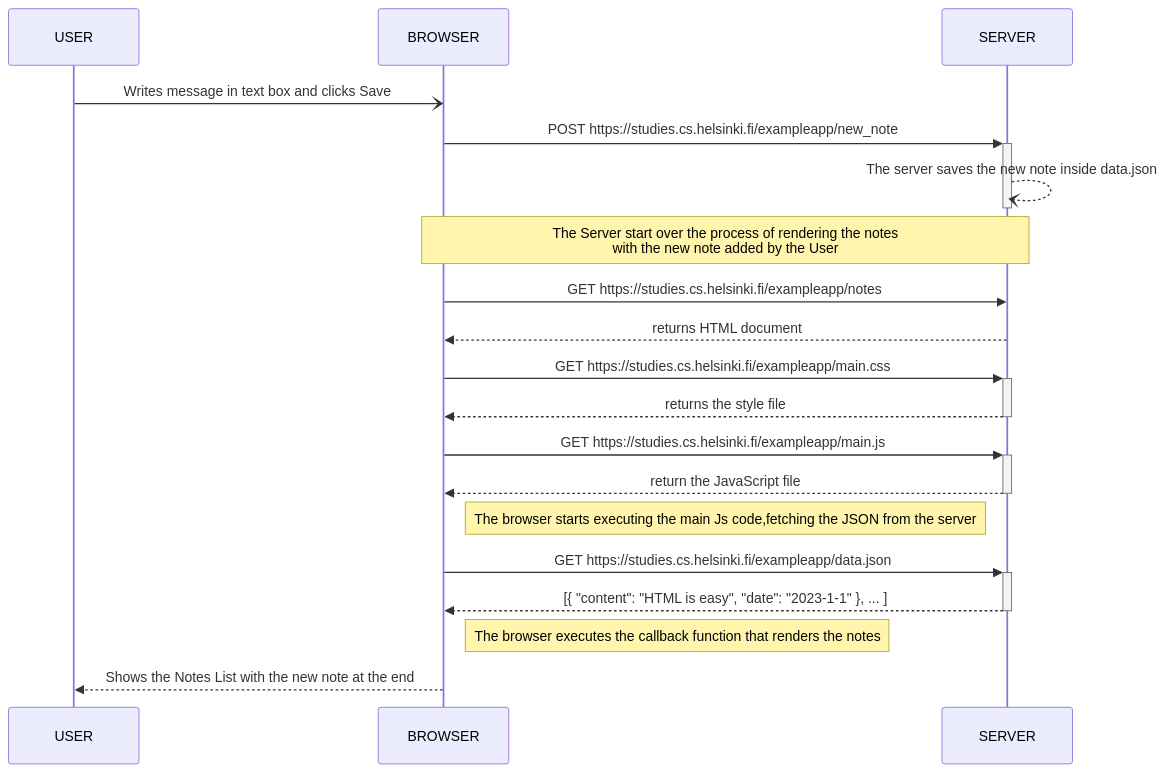
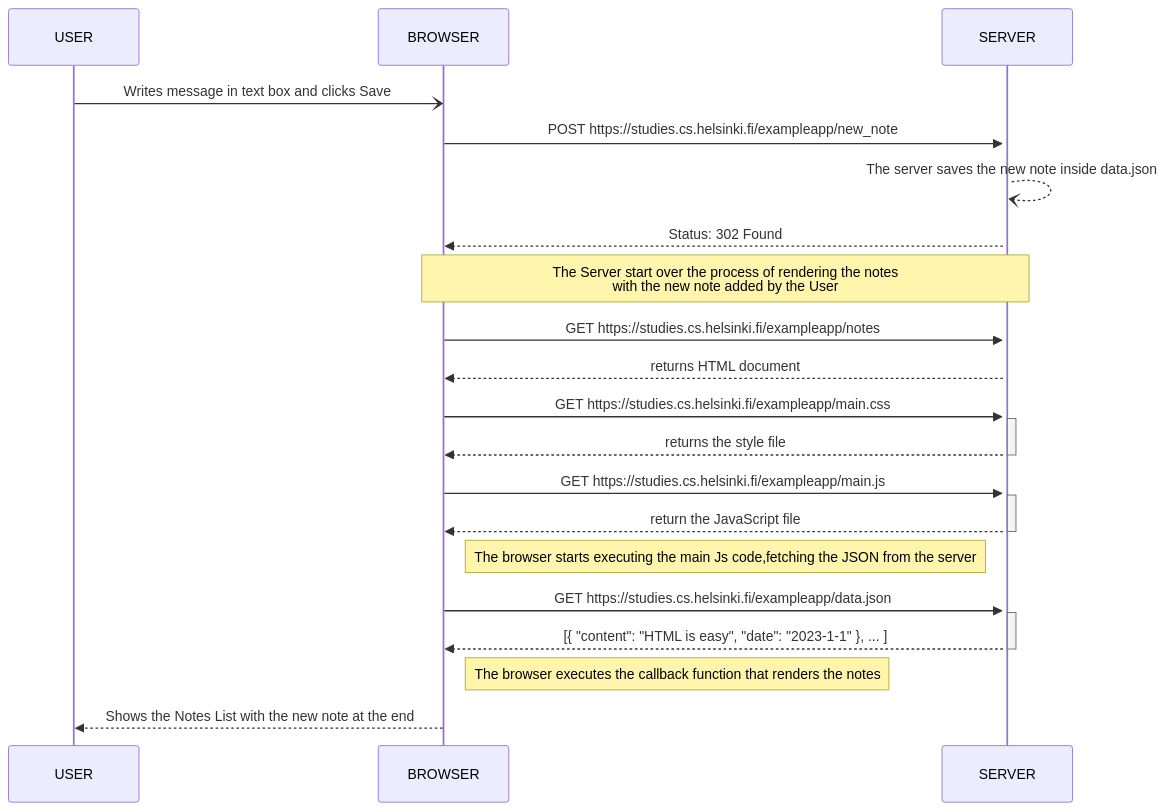
The diagram in part0/newnotesdiagram.md (arnaugonzalez/fullstackopenArnauG), drawn with Mermaid before and after one commit.

````diff
--- a/part0/newnotesdiagram.md
+++ b/part0/newnotesdiagram.md
@@ -1,30 +1,30 @@
 ```mermaid
 sequenceDiagram
     participant user as USER
     participant browser as BROWSER
     participant server as SERVER
 
     user-)browser: Writes message in text box and clicks Save
     browser->>+server: POST https://studies.cs.helsinki.fi/exampleapp/new_note
-    server--)-server: The server saves the new note inside data.json
-
+    server--)server: The server saves the new note inside data.json
+    server-->>browser: Status: 302 Found
     Note over browser, server: The Server start over the process of rendering the notes <br> with the new note added by the User
 
     browser->>server: GET https://studies.cs.helsinki.fi/exampleapp/notes
     server-->>browser: returns HTML document
 
     browser->>+server: GET https://studies.cs.helsinki.fi/exampleapp/main.css
     server-->>-browser: returns the style file
 
     browser->>+server: GET https://studies.cs.helsinki.fi/exampleapp/main.js
     server-->>-browser: return the JavaScript file
 
     Note right of browser: The browser starts executing the main Js code,fetching the JSON from the server
 
     browser->>+server: GET https://studies.cs.helsinki.fi/exampleapp/data.json
     server-->>-browser: [{ "content": "HTML is easy", "date": "2023-1-1" }, ... ]
 
     Note right of browser: The browser executes the callback function that renders the notes
 
     browser-->>user: Shows the Notes List with the new note at the end
 ```
````
